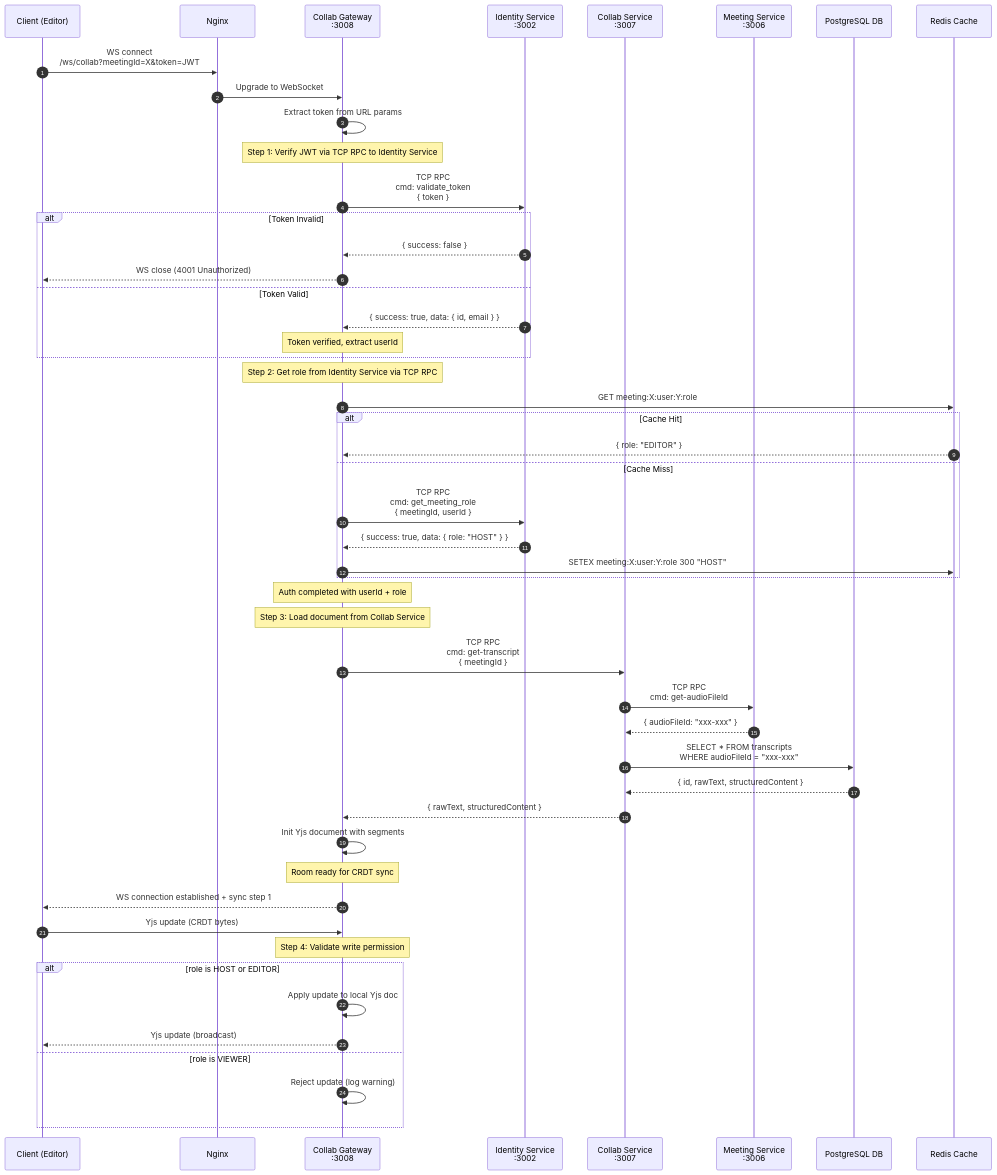
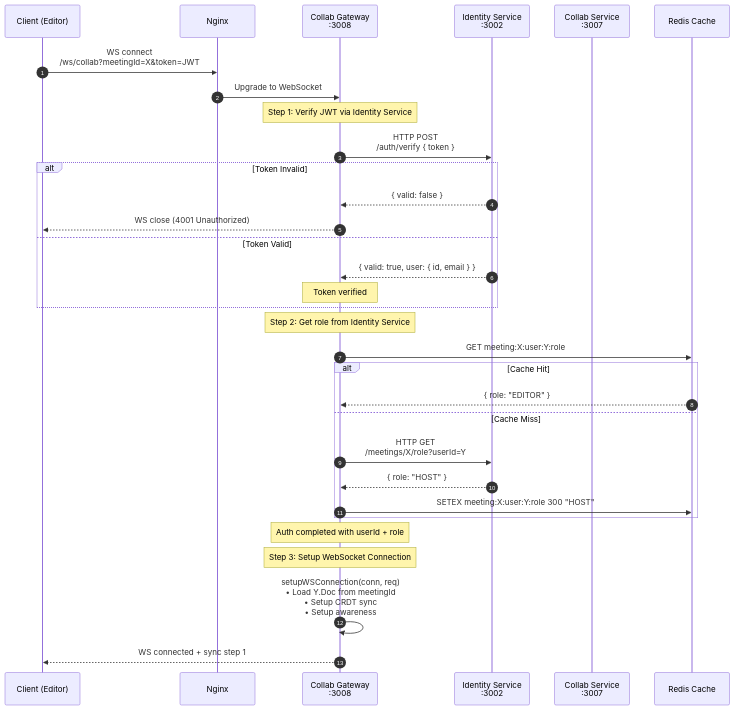
The first of 2 diagrams in documents/ms/collab_service/idea/architecture.md (Yamaaaaaaaa/VDT_miniproject_TranscriptHub), drawn with Mermaid before and after one commit. The commit also changed other lines of this file and 15 other files, not shown here.

````diff
--- a/documents/ms/collab_service/idea/architecture.md
+++ b/documents/ms/collab_service/idea/architecture.md
@@ -361,60 +171,39 @@
 ```mermaid
 sequenceDiagram
     autonumber
     participant Client as Client (Editor)
     participant Nginx as Nginx
-    participant CollabWS as Collab Gateway<br/>:3008
+    participant Gateway as Collab Gateway<br/>:3008
     participant Identity as Identity Service<br/>:3002
     participant Collab as Collab Service<br/>:3007
-    participant Meeting as Meeting Service<br/>:3006
-    participant PG as PostgreSQL DB
     participant Redis as Redis Cache
 
     Client->>Nginx: WS connect<br/>/ws/collab?meetingId=X&token=JWT
-    Nginx->>CollabWS: Upgrade to WebSocket
-    CollabWS->>CollabWS: Extract token from URL params
+    Nginx->>Gateway: Upgrade to WebSocket
 
-    Note over CollabWS: Step 1: Verify JWT via TCP RPC to Identity Service
-    CollabWS->>Identity: TCP RPC<br/>cmd: validate_token<br/>{ token }
+    Note over Gateway: Step 1: Verify JWT via Identity Service
+    Gateway->>Identity: HTTP POST<br/>/auth/verify { token }
     alt Token Invalid
-        Identity-->>CollabWS: { success: false }
-        CollabWS-->>Client: WS close (4001 Unauthorized)
+        Identity-->>Gateway: { valid: false }
+        Gateway-->>Client: WS close (4001 Unauthorized)
     else Token Valid
-        Identity-->>CollabWS: { success: true, data: { id, email } }
-        Note over CollabWS: Token verified, extract userId
+        Identity-->>Gateway: { valid: true, user: { id, email } }
+        Note over Gateway: Token verified
     end
 
-    Note over CollabWS: Step 2: Get role from Identity Service via TCP RPC
-    CollabWS->>Redis: GET meeting:X:user:Y:role
+    Note over Gateway: Step 2: Get role from Identity Service
+    Gateway->>Redis: GET meeting:X:user:Y:role
     alt Cache Hit
-        Redis-->>CollabWS: { role: "EDITOR" }
+        Redis-->>Gateway: { role: "EDITOR" }
     else Cache Miss
-        CollabWS->>Identity: TCP RPC<br/>cmd: get_meeting_role<br/>{ meetingId, userId }
-        Identity-->>CollabWS: { success: true, data: { role: "HOST" } }
-        CollabWS->>Redis: SETEX meeting:X:user:Y:role 300 "HOST"
+        Gateway->>Identity: HTTP GET<br/>/meetings/X/role?userId=Y
+        Identity-->>Gateway: { role: "HOST" }
+        Gateway->>Redis: SETEX meeting:X:user:Y:role 300 "HOST"
     end
 
-    Note over CollabWS: Auth completed with userId + role
+    Note over Gateway: Auth completed with userId + role
+    Note over Gateway: Step 3: Setup WebSocket Connection
 
-    Note over CollabWS: Step 3: Load document from Collab Service
-    CollabWS->>Collab: TCP RPC<br/>cmd: get-transcript<br/>{ meetingId }
-    Collab->>Meeting: TCP RPC<br/>cmd: get-audioFileId
-    Meeting-->>Collab: { audioFileId: "xxx-xxx" }
-    Collab->>PG: SELECT * FROM transcripts<br/>WHERE audioFileId = "xxx-xxx"
-    PG-->>Collab: { id, rawText, structuredContent }
-    Collab-->>CollabWS: { rawText, structuredContent }
-    CollabWS->>CollabWS: Init Yjs document with segments
-
-    Note over CollabWS: Room ready for CRDT sync
-
-    CollabWS-->>Client: WS connection established + sync step 1
-    Client->>CollabWS: Yjs update (CRDT bytes)
-
-    Note over CollabWS: Step 4: Validate write permission
-    alt role is HOST or EDITOR
-        CollabWS->>CollabWS: Apply update to local Yjs doc
-        CollabWS-->>Client: Yjs update (broadcast)
-    else role is VIEWER
-        CollabWS->>CollabWS: Reject update (log warning)
-    end
+    Gateway->>Gateway: setupWSConnection(conn, req)<br/>• Load Y.Doc from meetingId<br/>• Setup CRDT sync<br/>• Setup awareness
+    Gateway-->>Client: WS connected + sync step 1
 ```
````
